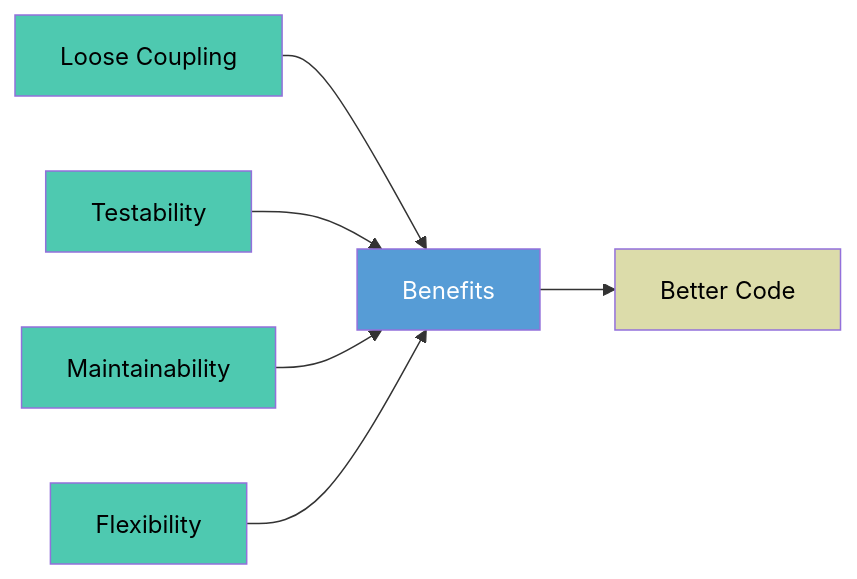
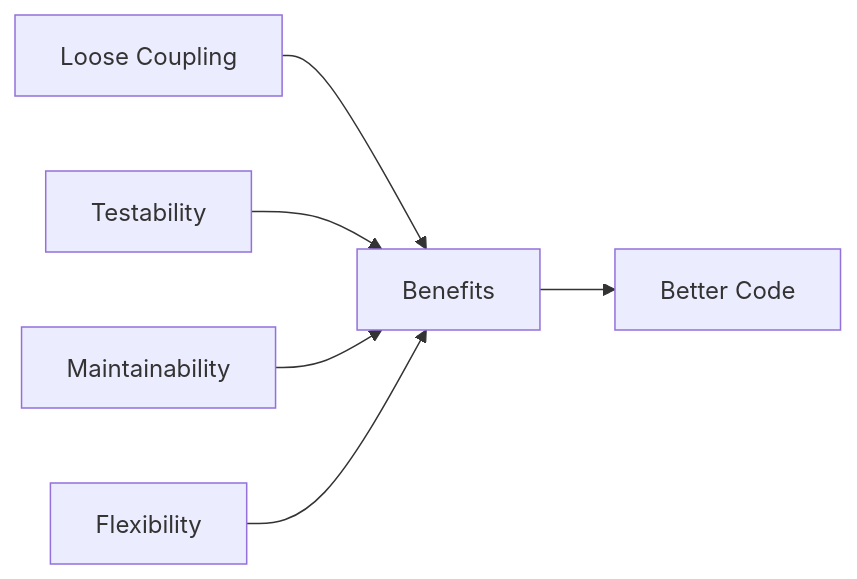
Before and after one commit to CrazyPickleStudios/Brine2D-Documentation: the first of 2 diagrams in docs/concepts/dependency-injection.md, drawn with Mermaid. The commit also changed other lines of this file, not shown here.

Commit message:
fixing documentation issue.

````diff
--- a/docs/concepts/dependency-injection.md
+++ b/docs/concepts/dependency-injection.md
@@ -12,16 +12,8 @@
 ```mermaid
 graph LR
     A["Loose Coupling"] --> D["Benefits"]
     B["Testability"] --> D
     C["Maintainability"] --> D
     E["Flexibility"] --> D
-    
     D --> F["Better Code"]
-    
-    style A fill:#4ec9b0,color:#000
-    style B fill:#4ec9b0,color:#000
-    style C fill:#4ec9b0,color:#000
-    style E fill:#4ec9b0,color:#000
-    style D fill:#569cd6,color:#fff
-    style F fill:#dcdcaa,color:#000
 ```
````
